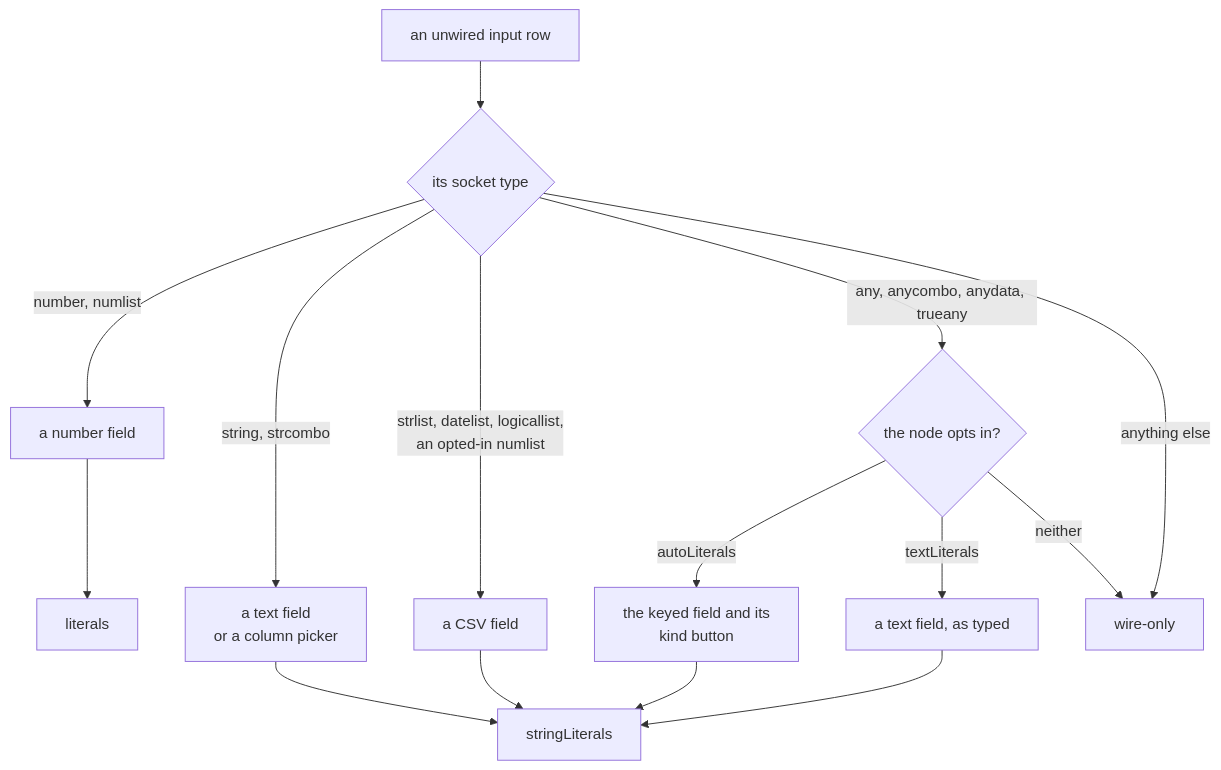
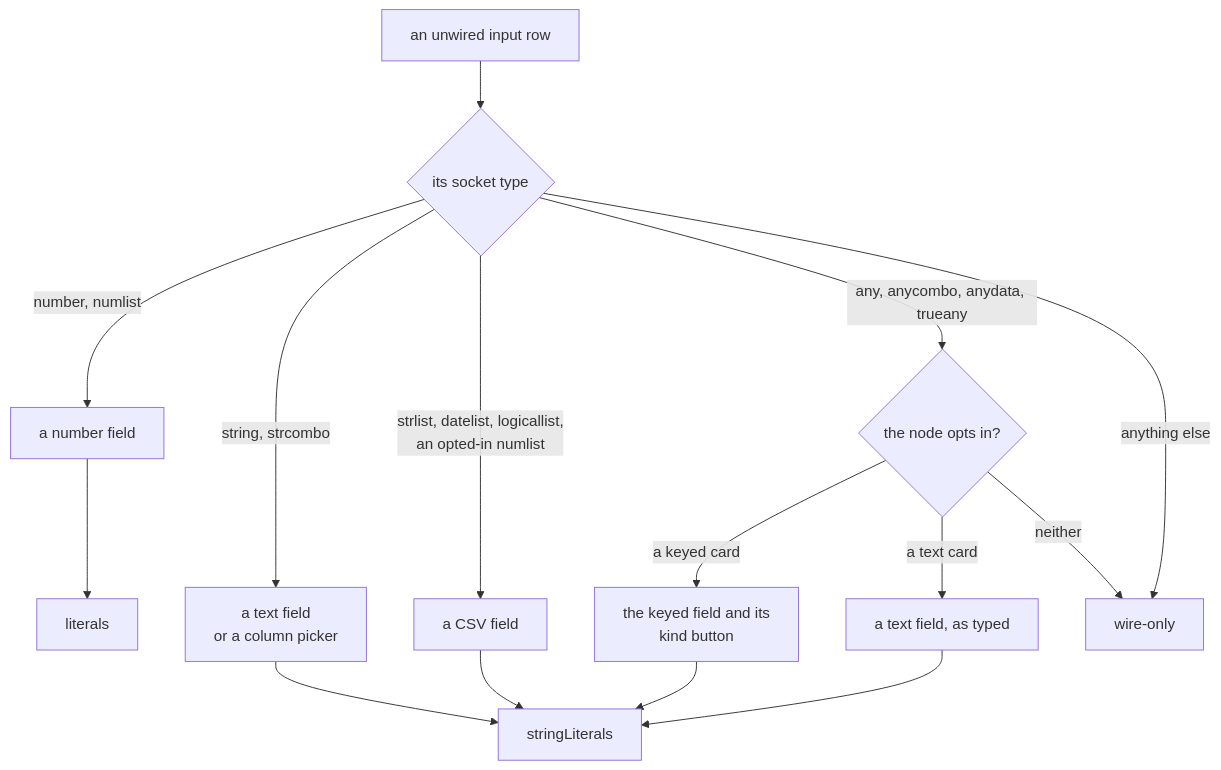
The diagram in tree/specs/documents/inline-literal-maps.md (bubba8587/solenoid), drawn with Mermaid before and after one commit. The commit also changed other lines of this file and 35 other files, not shown here.

````diff
--- a/tree/specs/documents/inline-literal-maps.md
+++ b/tree/specs/documents/inline-literal-maps.md
@@ -48,12 +62,12 @@
 ```mermaid
 flowchart TD
     row["an unwired input row"] --> t{"its socket type"}
     t -->|"number, numlist"| nf["a number field"] --> lit["literals"]
     t -->|"string, strcombo"| tf["a text field<br>or a column picker"] --> sl["stringLiterals"]
     t -->|"strlist, datelist, logicallist,<br>an opted-in numlist"| csv["a CSV field"] --> sl
     t -->|"any, anycombo, anydata, trueany"| w{"the node opts in?"}
-    w -->|autoLiterals| keyed["the keyed field and its<br>kind button"] --> sl
-    w -->|textLiterals| txt["a text field, as typed"] --> sl
+    w -->|"a keyed card"| keyed["the keyed field and its<br>kind button"] --> sl
+    w -->|"a text card"| txt["a text field, as typed"] --> sl
     w -->|neither| wire["wire-only"]
     t -->|"anything else"| wire
 ```
````
